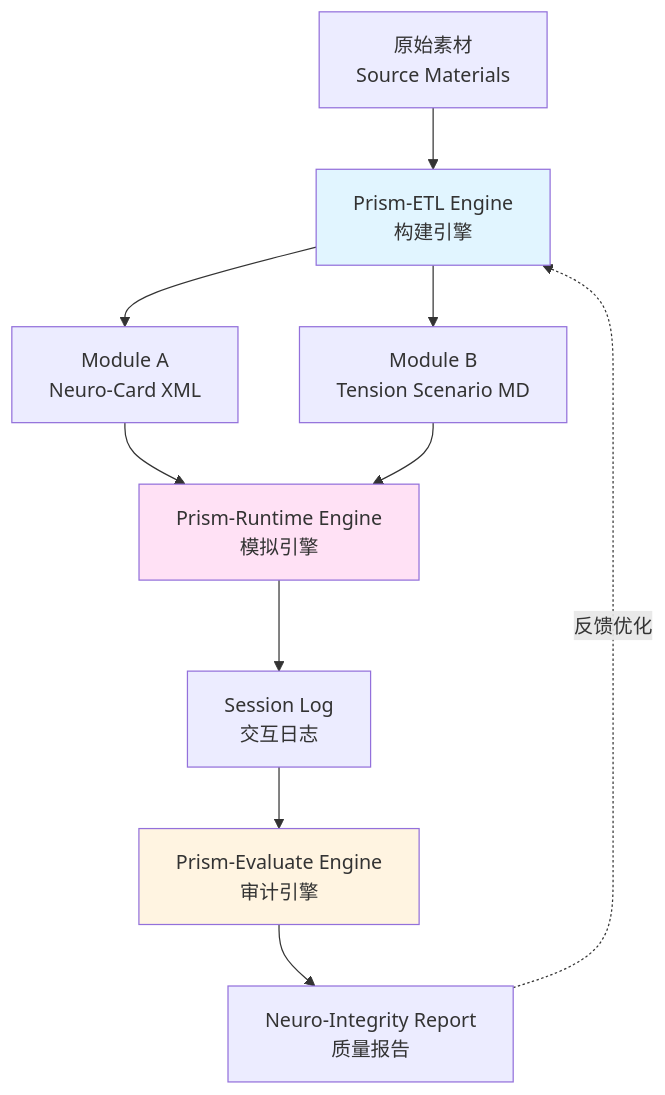
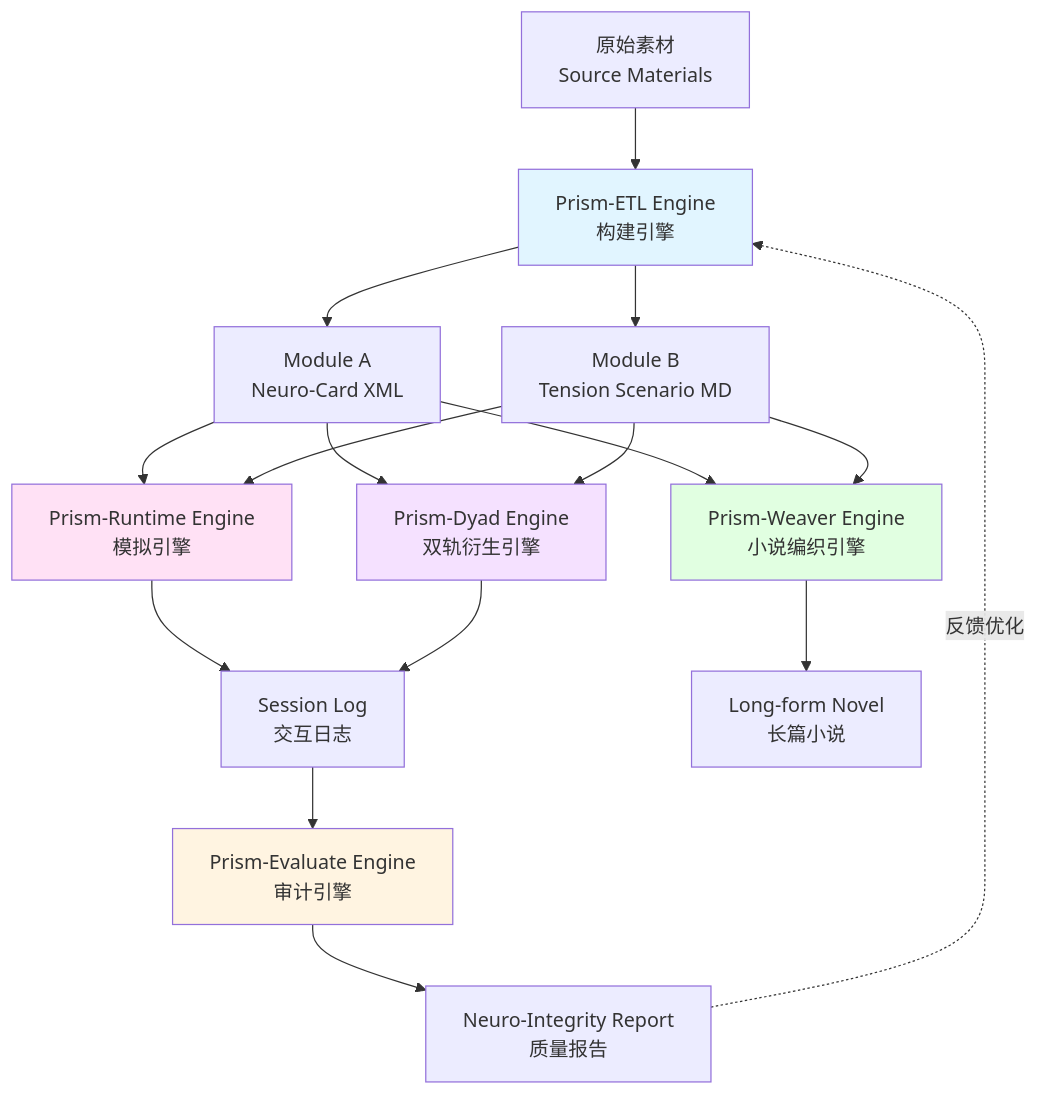
Before and after one commit to 3aKHP/Neural-Narratology: the diagram in 03_Modulation/README.md, drawn with Mermaid. The commit also changed other lines of this file and 9 other files, not shown here.

Commit message:
feat(modulation): add Weaver and Dyad engines to Prism architecture

````diff
--- a/03_Modulation/README.md
+++ b/03_Modulation/README.md
@@ -21,16 +21,24 @@
 ```mermaid
 graph TB
     A[原始素材<br/>Source Materials] --> B[Prism-ETL Engine<br/>构建引擎]
     B --> C[Module A<br/>Neuro-Card XML]
     B --> D[Module B<br/>Tension Scenario MD]
     C --> E[Prism-Runtime Engine<br/>模拟引擎]
+    C --> W[Prism-Weaver Engine<br/>小说编织引擎]
     D --> E
+    D --> W
+    C --> Y[Prism-Dyad Engine<br/>双轨衍生引擎]
+    D --> Y
     E --> F[Session Log<br/>交互日志]
+    Y --> F
     F --> G[Prism-Evaluate Engine<br/>审计引擎]
     G --> H[Neuro-Integrity Report<br/>质量报告]
     H -.反馈优化.-> B
+    W --> N[Long-form Novel<br/>长篇小说]
     
     style B fill:#e1f5ff
     style E fill:#ffe1f5
+    style W fill:#e1ffe1
+    style Y fill:#f5e1ff
     style G fill:#fff4e1
 ```
````
